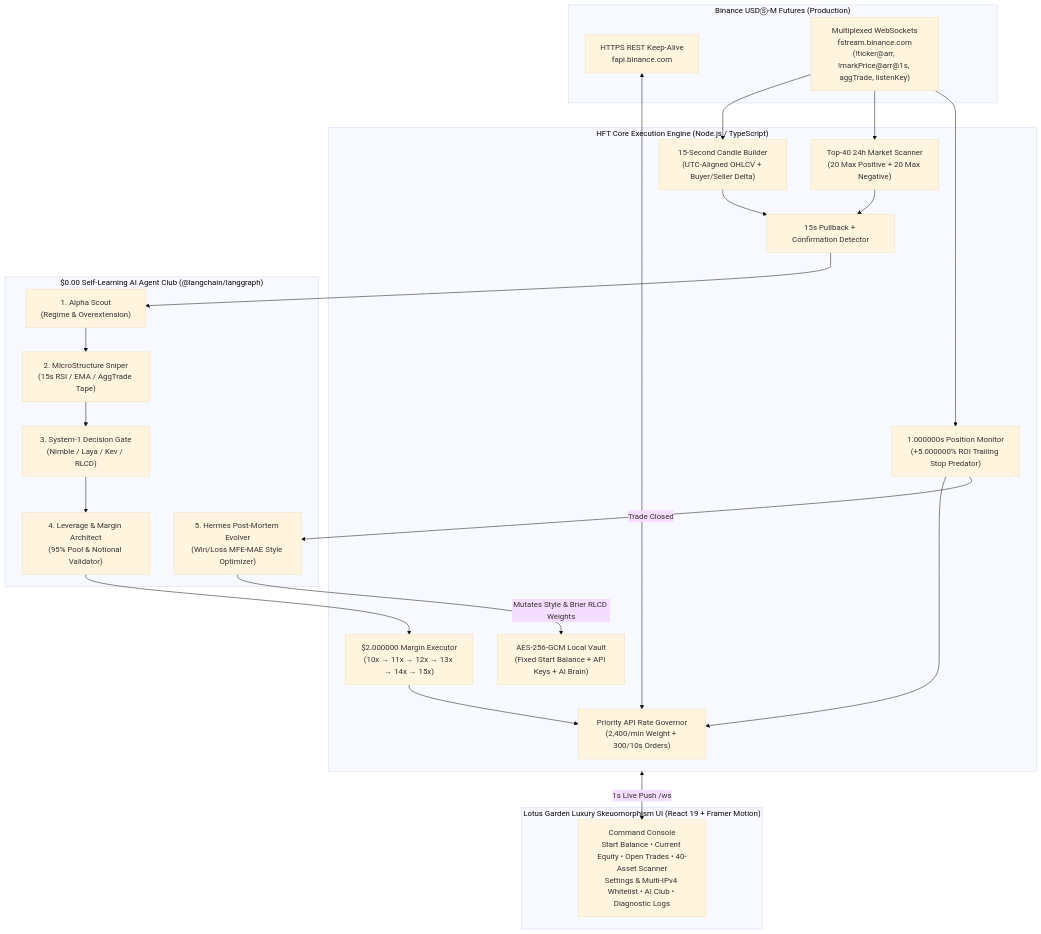
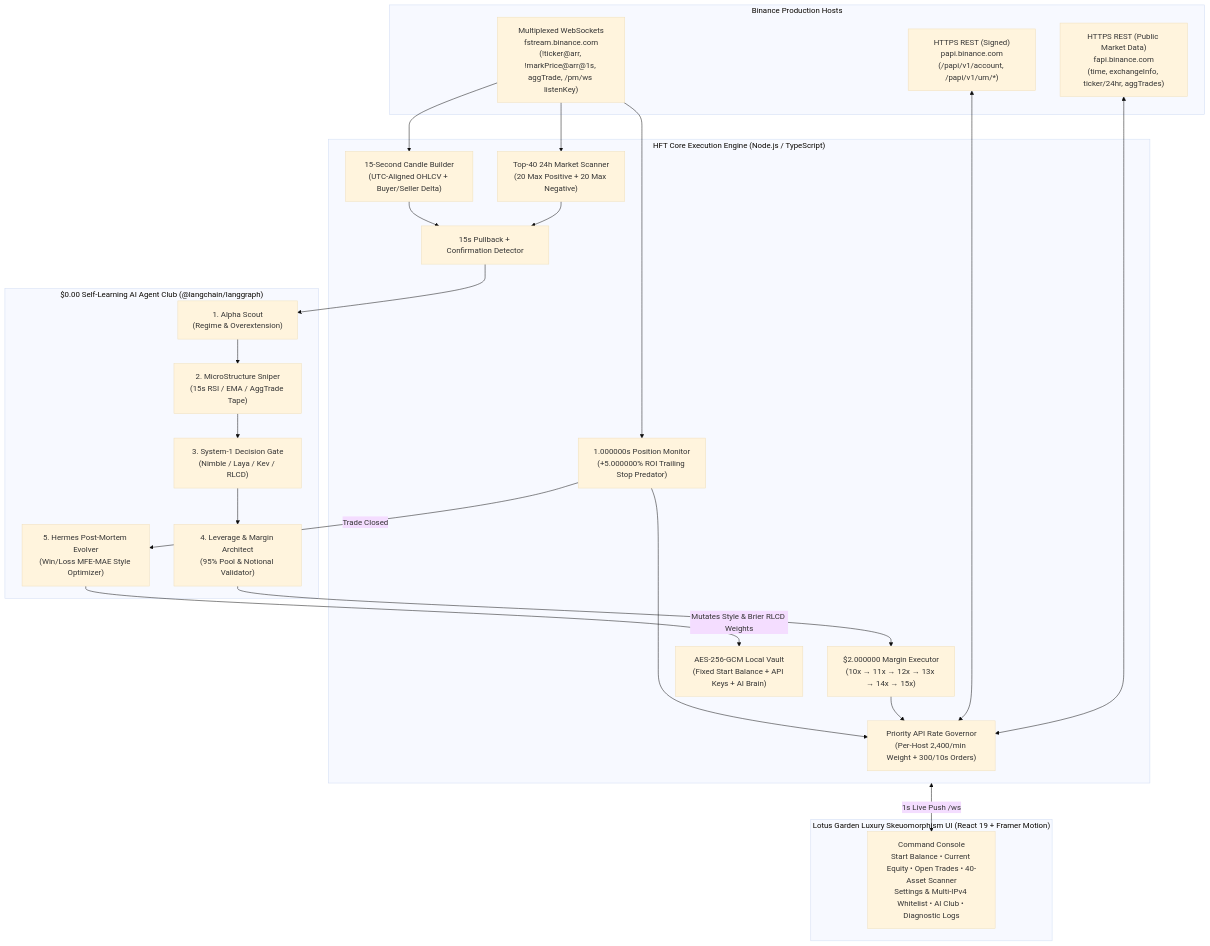
The diagram in README.md (badalworld/hft), drawn with Mermaid (base theme) before and after one commit. The commit also changed other lines of this file and 7 other files, not shown here.

````diff
--- a/README.md
+++ b/README.md
@@ -44,42 +61,44 @@
 ```mermaid
 flowchart TB
-    subgraph Binance["Binance USDⓈ-M Futures (Production)"]
-        FAPI["HTTPS REST Keep-Alive\nfapi.binance.com"]
-        FSTREAM["Multiplexed WebSockets\nfstream.binance.com\n(!ticker@arr, !markPrice@arr@1s, aggTrade, listenKey)"]
+    subgraph Binance["Binance Production Hosts"]
+        PAPI["HTTPS REST (Signed)\npapi.binance.com\n(/papi/v1/account, /papi/v1/um/*)"]
+        FAPI["HTTPS REST (Public Market Data)\nfapi.binance.com\n(time, exchangeInfo, ticker/24hr, aggTrades)"]
+        FSTREAM["Multiplexed WebSockets\nfstream.binance.com\n(!ticker@arr, !markPrice@arr@1s, aggTrade, /pm/ws listenKey)"]
     end
 
     subgraph Engine["HFT Core Execution Engine (Node.js / TypeScript)"]
-        GOV["Priority API Rate Governor\n(2,400/min Weight + 300/10s Orders)"]
+        GOV["Priority API Rate Governor\n(Per-Host 2,400/min Weight + 300/10s Orders)"]
         CB15["15-Second Candle Builder\n(UTC-Aligned OHLCV + Buyer/Seller Delta)"]
         SCAN40["Top-40 24h Market Scanner\n(20 Max Positive + 20 Max Negative)"]
         STRAT["15s Pullback + Confirmation Detector"]
         LADDER["$2.000000 Margin Executor\n(10x → 11x → 12x → 13x → 14x → 15x)"]
         MON1S["1.000000s Position Monitor\n(+5.000000% ROI Trailing Stop Predator)"]
         VAULT["AES-256-GCM Local Vault\n(Fixed Start Balance + API Keys + AI Brain)"]
     end
 
     subgraph AIClub["$0.00 Self-Learning AI Agent Club (@langchain/langgraph)"]
         AG1["1. Alpha Scout\n(Regime & Overextension)"]
         AG2["2. MicroStructure Sniper\n(15s RSI / EMA / AggTrade Tape)"]
         AG3["3. System-1 Decision Gate\n(Nimble / Laya / Kev / RLCD)"]
         AG4["4. Leverage & Margin Architect\n(95% Pool & Notional Validator)"]
         AG5["5. Hermes Post-Mortem Evolver\n(Win/Loss MFE-MAE Style Optimizer)"]
     end
 
     subgraph Dashboard["Lotus Garden Luxury Skeuomorphism UI (React 19 + Framer Motion)"]
         UI["Command Console\nStart Balance • Current Equity • Open Trades • 40-Asset Scanner\nSettings & Multi-IPv4 Whitelist • AI Club • Diagnostic Logs"]
     end
 
     FSTREAM --> CB15
     FSTREAM --> SCAN40
     FSTREAM --> MON1S
     FAPI <--> GOV
+    PAPI <--> GOV
     SCAN40 --> STRAT
     CB15 --> STRAT
     STRAT --> AG1 --> AG2 --> AG3 --> AG4 --> LADDER
     LADDER --> GOV
     MON1S --> GOV
     MON1S -->|Trade Closed| AG5
     AG5 -->|Mutates Style & Brier RLCD Weights| VAULT
     Engine <-->|1s Live Push /ws| UI
 ```
````
